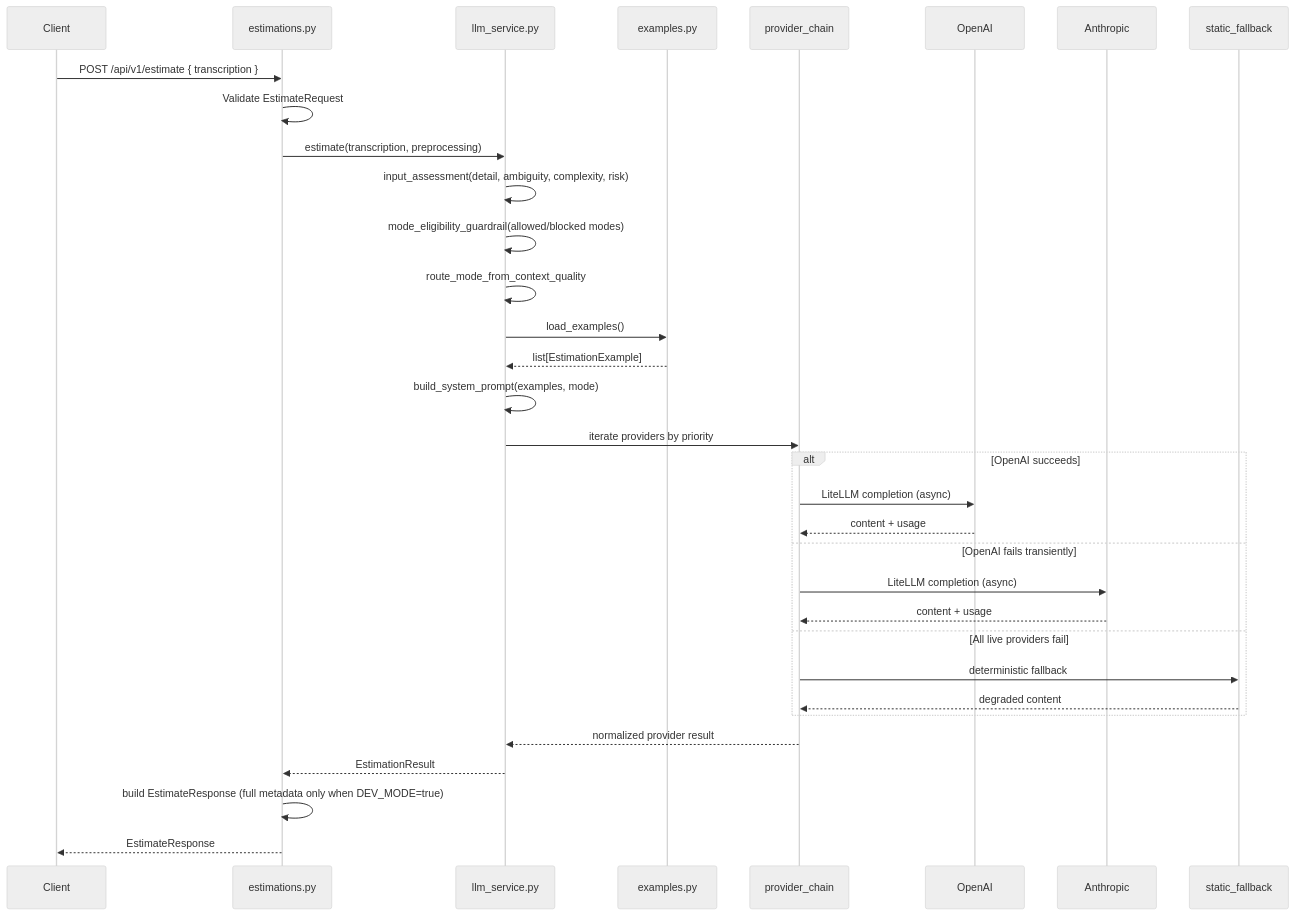
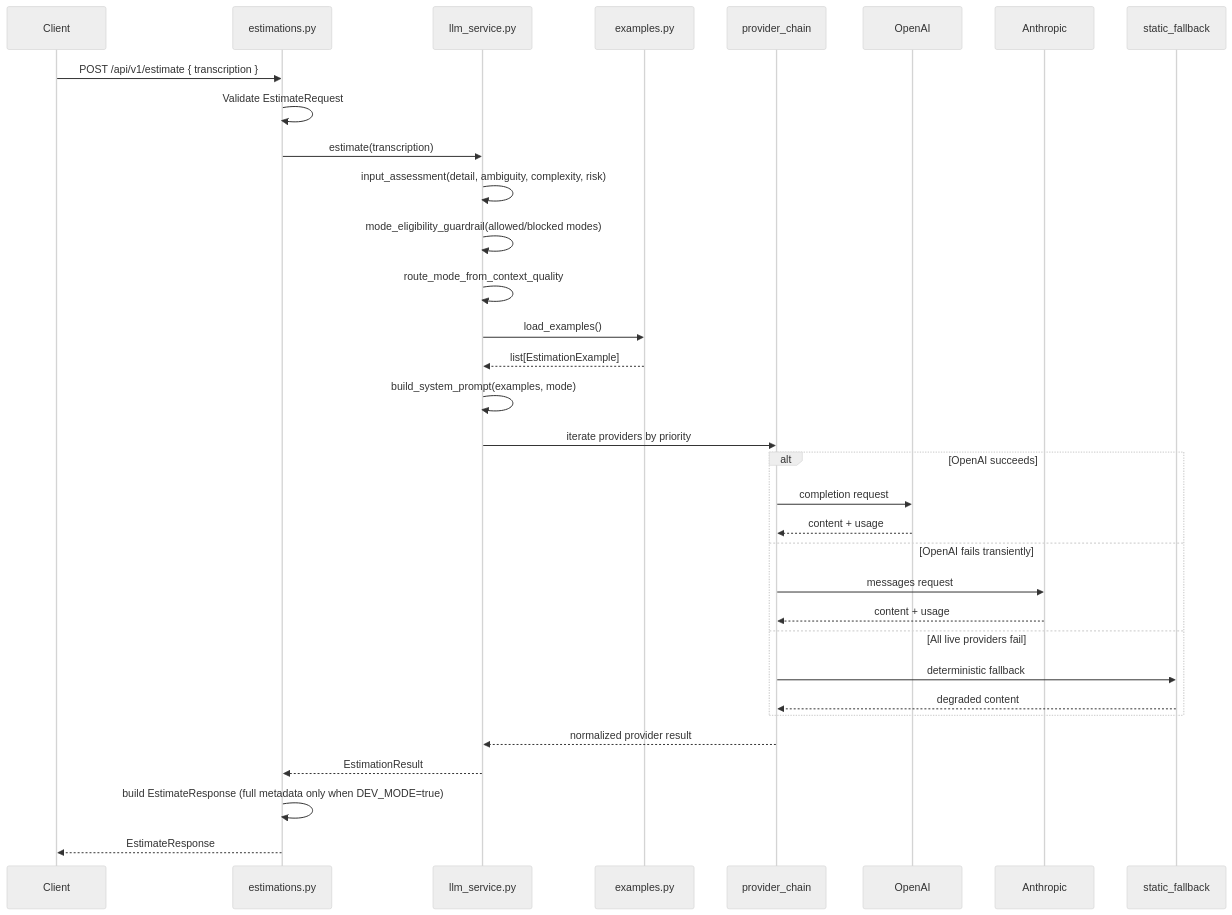
The second of 2 diagrams in proyectos/estimador-cag/docs/technical/README.md (povedica/master-ia-lidr), drawn with Mermaid (neutral theme) before and after one commit. The commit also changed other lines of this file and 12 other files, not shown here.

````diff
--- a/proyectos/estimador-cag/docs/technical/README.md
+++ b/proyectos/estimador-cag/docs/technical/README.md
@@ -317,36 +283,36 @@
 ```mermaid
 sequenceDiagram
     participant Client
     participant Router as estimations.py
     participant Service as llm_service.py
     participant Context as examples.py
     participant Chain as provider_chain
     participant OpenAI
     participant Anthropic
     participant Static as static_fallback
 
     Client->>Router: POST /api/v1/estimate { transcription }
     Router->>Router: Validate EstimateRequest
-    Router->>Service: estimate(transcription, preprocessing)
+    Router->>Service: estimate(transcription)
     Service->>Service: input_assessment(detail, ambiguity, complexity, risk)
     Service->>Service: mode_eligibility_guardrail(allowed/blocked modes)
     Service->>Service: route_mode_from_context_quality
     Service->>Context: load_examples()
     Context-->>Service: list[EstimationExample]
     Service->>Service: build_system_prompt(examples, mode)
     Service->>Chain: iterate providers by priority
     alt OpenAI succeeds
-        Chain->>OpenAI: LiteLLM completion (async)
+        Chain->>OpenAI: completion request
         OpenAI-->>Chain: content + usage
     else OpenAI fails transiently
-        Chain->>Anthropic: LiteLLM completion (async)
+        Chain->>Anthropic: messages request
         Anthropic-->>Chain: content + usage
     else All live providers fail
         Chain->>Static: deterministic fallback
         Static-->>Chain: degraded content
     end
     Chain-->>Service: normalized provider result
     Service-->>Router: EstimationResult
     Router->>Router: build EstimateResponse (full metadata only when DEV_MODE=true)
     Router-->>Client: EstimateResponse
 ```
````
